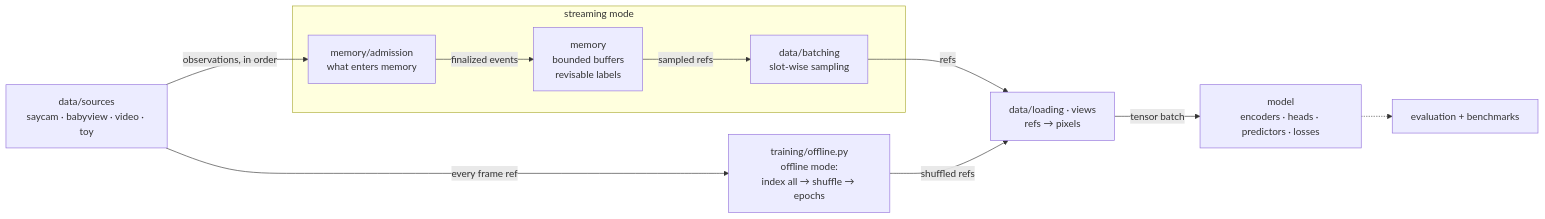
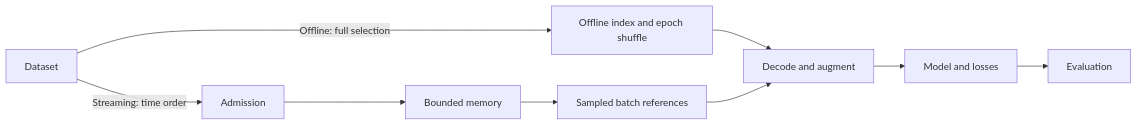
Before and after one commit to egolearn/egolearn: the diagram in docs/design/architecture.md, drawn with Mermaid. The commit also changed other lines of this file and 19 other files, not shown here.

````diff
--- a/docs/design/architecture.md
+++ b/docs/design/architecture.md
@@ -32,25 +21,11 @@
 ```mermaid
 flowchart LR
-  SRC["data/sources<br/>saycam · babyview · video · toy"]
-
-  subgraph SP["streaming mode"]
-    ADM["memory/admission<br/>what enters memory"]
-    MEM["memory<br/>bounded buffers<br/>revisable labels"]
-    BAT["data/batching<br/>slot-wise sampling"]
-    ADM -->|finalized events| MEM
-    MEM -->|sampled refs| BAT
-  end
-
-  IDX["training/offline.py<br/>offline mode:<br/>index all → shuffle → epochs"]
-
-  LOAD["data/loading · views<br/>refs → pixels"]
-  MODEL["model<br/>encoders · heads · predictors · losses"]
-  EVAL["evaluation + benchmarks"]
-
-  SRC -->|observations, in order| ADM
-  SRC -->|every frame ref| IDX
-  BAT -->|refs| LOAD
-  IDX -->|shuffled refs| LOAD
-  LOAD -->|tensor batch| MODEL
-  MODEL -.-> EVAL
+  SRC["Dataset"] -->|Streaming: time order| ADM["Admission"]
+  ADM --> MEM["Bounded memory"]
+  MEM --> BAT["Sampled batch references"]
+  SRC -->|Offline: full selection| IDX["Offline index and epoch shuffle"]
+  IDX --> LOAD["Decode and augment"]
+  BAT --> LOAD
+  LOAD --> MODEL["Model and losses"]
+  MODEL --> EVAL["Evaluation"]
 ```
````
